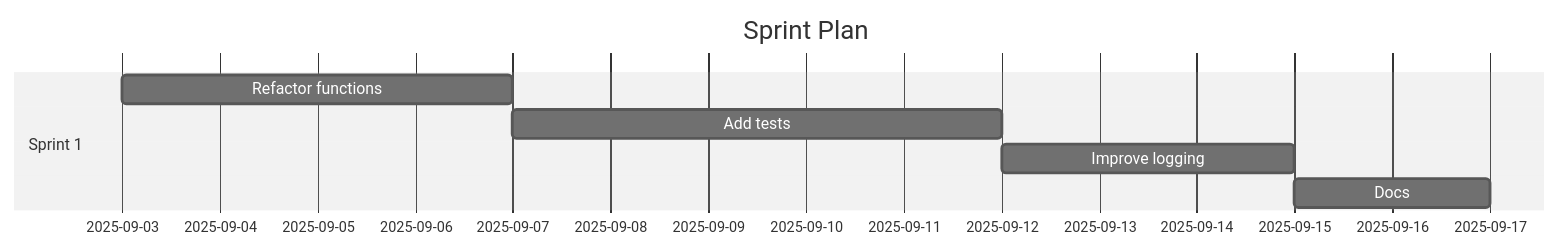
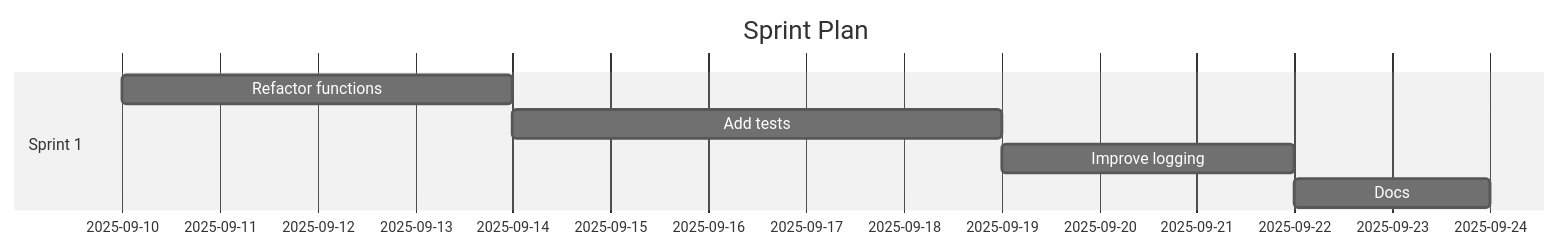
The diagram in demos/demo-code-analysis.sprint.md (Anselmoo/mcp-ai-agent-guidelines), drawn with Mermaid (neutral theme) before and after one commit. The commit also changed other lines of this file and 18 other files, not shown here.

````diff
--- a/demos/demo-code-analysis.sprint.md
+++ b/demos/demo-code-analysis.sprint.md
@@ -58,11 +58,11 @@
 ```mermaid
 gantt
 	dateFormat  YYYY-MM-DD
 	title Sprint Plan
 %% Accessibility: Title=Project Sprint Plan; Description=Gantt chart of sprints and tasks over time. %%
   section Sprint 1
-  Refactor functions :s1t0, 2025-09-03, 4d
-  Add tests :s1t1, 2025-09-07, 5d
-  Improve logging :s1t2, 2025-09-12, 3d
-  Docs :s1t3, 2025-09-15, 2d
+  Refactor functions :s1t0, 2025-09-10, 4d
+  Add tests :s1t1, 2025-09-14, 5d
+  Improve logging :s1t2, 2025-09-19, 3d
+  Docs :s1t3, 2025-09-22, 2d
 ```
````
